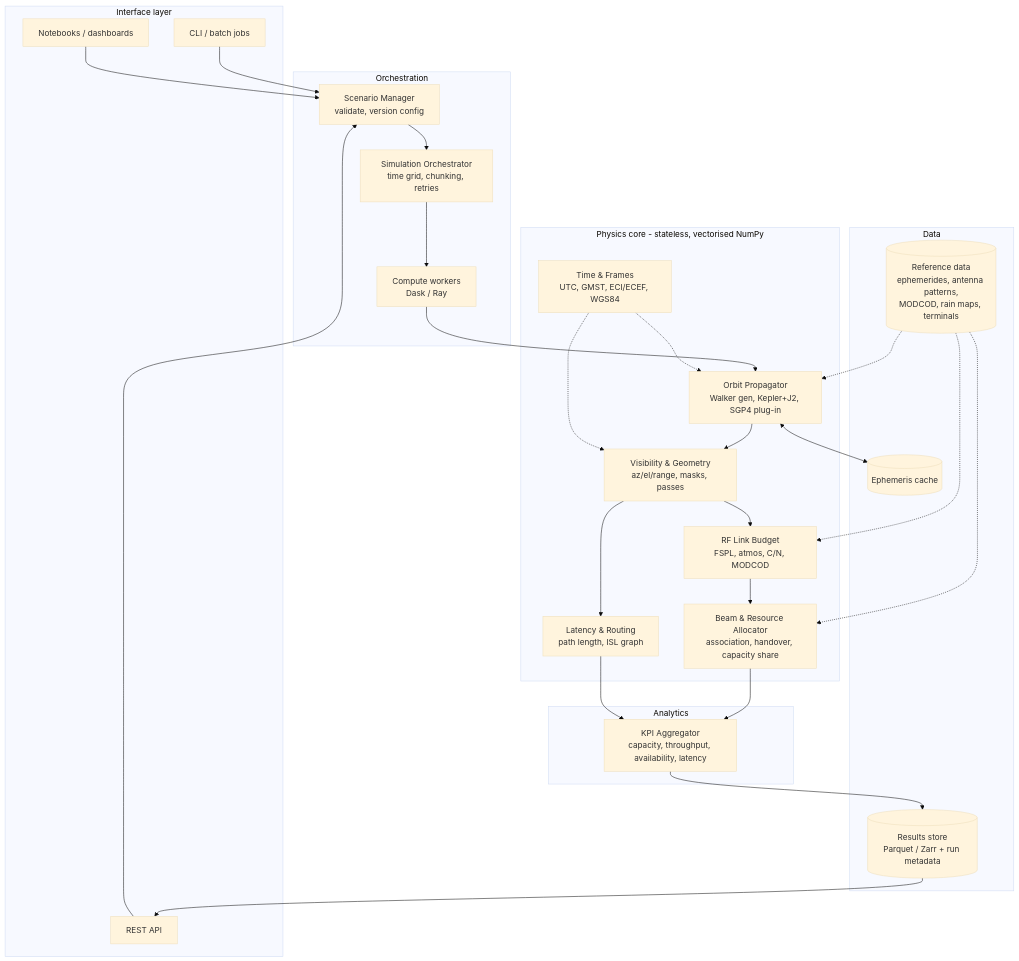
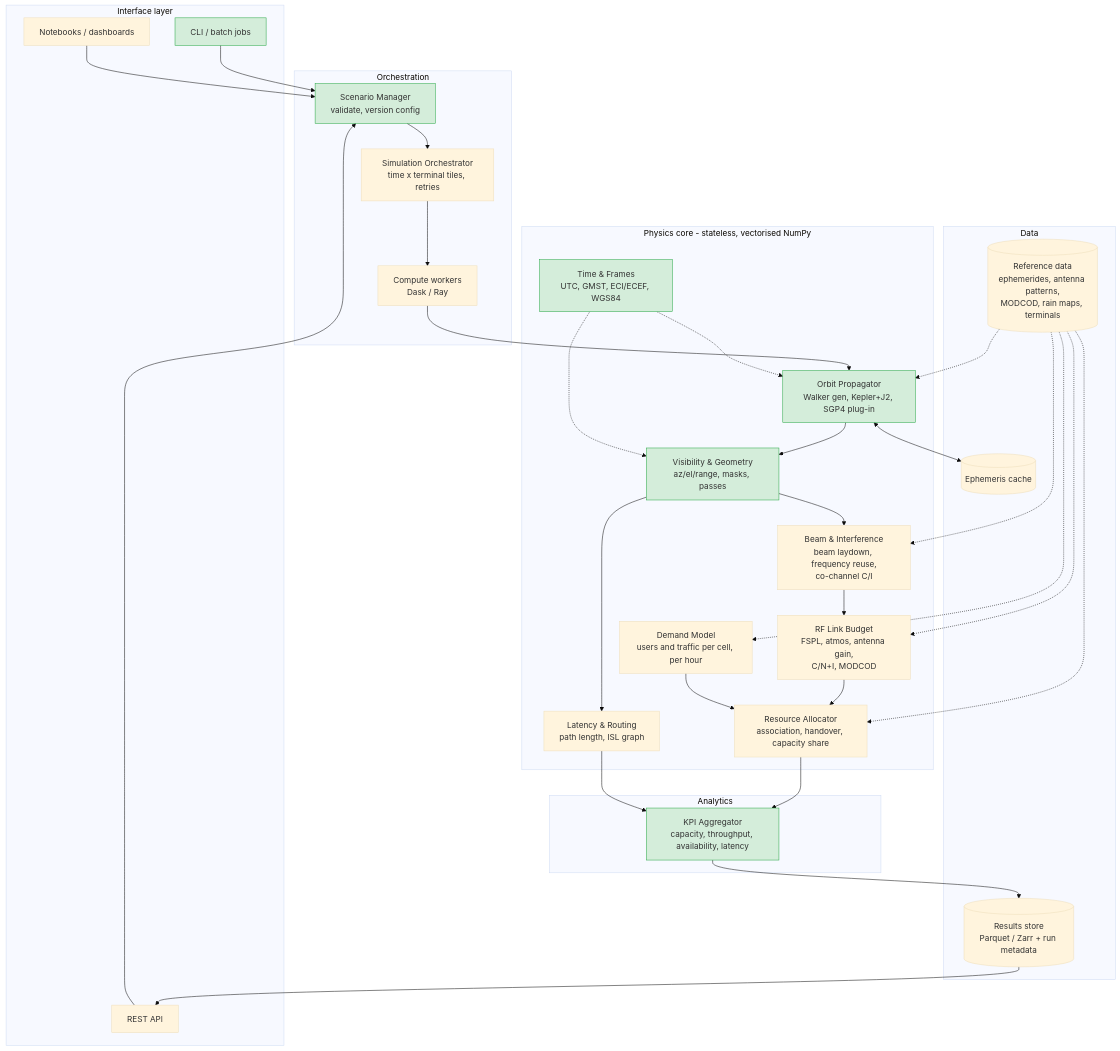
Before and after one commit to ArtDev390/e2eps: the first of 3 diagrams in docs/ARCHITECTURE.md, drawn with Mermaid (base theme). The commit also changed other lines of this file and 1 other file, not shown here.

Commit message:
docs: update README.md and ARCHITECTURE.md with scaling strategy and demand model details

````diff
--- a/docs/ARCHITECTURE.md
+++ b/docs/ARCHITECTURE.md
@@ -8,36 +9,41 @@
 ```mermaid
 flowchart TB
   subgraph IF[Interface layer]
     CLI[CLI / batch jobs]
     API[REST API]
     UI[Notebooks / dashboards]
   end
   subgraph ORCH[Orchestration]
     SM[Scenario Manager<br/>validate, version config]
-    SO[Simulation Orchestrator<br/>time grid, chunking, retries]
+    SO[Simulation Orchestrator<br/>time x terminal tiles, retries]
     WK[Compute workers<br/>Dask / Ray]
   end
   subgraph CORE[Physics core - stateless, vectorised NumPy]
     TF[Time & Frames<br/>UTC, GMST, ECI/ECEF, WGS84]
     OP[Orbit Propagator<br/>Walker gen, Kepler+J2, SGP4 plug-in]
     VG[Visibility & Geometry<br/>az/el/range, masks, passes]
-    RF[RF Link Budget<br/>FSPL, atmos, C/N, MODCOD]
-    RA[Beam & Resource Allocator<br/>association, handover, capacity share]
+    DM[Demand Model<br/>users and traffic per cell, per hour]
+    BI[Beam & Interference<br/>beam laydown, frequency reuse,<br/>co-channel C/I]
+    RF[RF Link Budget<br/>FSPL, atmos, antenna gain,<br/>C/N+I, MODCOD]
+    RA[Resource Allocator<br/>association, handover, capacity share]
     LT[Latency & Routing<br/>path length, ISL graph]
   end
   subgraph AN[Analytics]
     KPI[KPI Aggregator<br/>capacity, throughput, availability, latency]
   end
   subgraph DATA[Data]
     REF[(Reference data<br/>ephemerides, antenna patterns,<br/>MODCOD, rain maps, terminals)]
     RES[(Results store<br/>Parquet / Zarr + run metadata)]
     CACHE[(Ephemeris cache)]
   end
   CLI & API & UI --> SM --> SO --> WK
-  WK --> OP --> VG --> RF --> RA --> KPI
+  WK --> OP --> VG --> BI --> RF --> RA --> KPI
+  DM --> RA
   VG --> LT --> KPI
   TF -.-> OP & VG
-  REF -.-> OP & RF & RA
+  REF -.-> OP & BI & RF & RA & DM
   OP <--> CACHE
   KPI --> RES --> API
+  classDef done fill:#d4edda,stroke:#28a745
+  class CLI,SM,TF,OP,VG,KPI done
 ```
````
